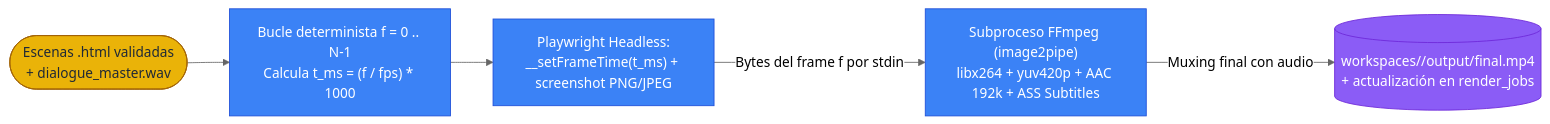
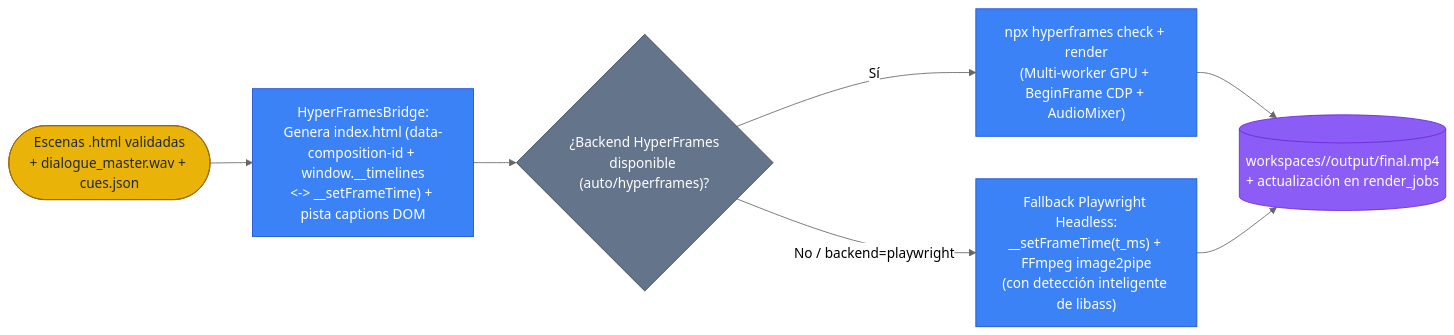
The ninth of 11 diagrams in docs/architecture/architecture.md (AlexPrietoRomani/mcp-videos), drawn with Mermaid (neutral theme) before and after one commit. The commit also changed other lines of this file and 3 other files, not shown here.

First line of the commit message:
docs(spec,ejecucion): documenta arquitectura híbrida HyperFrames, ADR-06 y guía operativa

````diff
--- a/docs/architecture/architecture.md
+++ b/docs/architecture/architecture.md
@@ -342,17 +342,19 @@
 ```mermaid
 flowchart LR
-    SCENES(["Escenas .html validadas\n+ dialogue_master.wav"]):::fuente
-    LOOP["Bucle determinista f = 0 .. N-1\nCalcula t_ms = (f / fps) * 1000"]:::proc
-    PW["Playwright Headless:\n__setFrameTime(t_ms) + screenshot PNG/JPEG"]:::proc
-    PIPE["Subproceso FFmpeg (image2pipe)\nlibx264 + yuv420p + AAC 192k + ASS Subtitles"]:::proc
+    SCENES(["Escenas .html validadas\n+ dialogue_master.wav + cues.json"]):::fuente
+    BRIDGE["HyperFramesBridge:\nGenera index.html (data-composition-id + window.__timelines\n<-> __setFrameTime) + pista captions DOM"]:::proc
+    HF_DEC{"¿Backend HyperFrames\ndisponible (auto/hyperframes)?"}:::ui
+    HF_RENDER["npx hyperframes check + render\n(Multi-worker GPU + BeginFrame CDP + AudioMixer)"]:::proc
+    PW["Fallback Playwright Headless:\n__setFrameTime(t_ms) + FFmpeg image2pipe\n(con detección inteligente de libass)"]:::proc
     MP4[("workspaces/<slug>/output/final.mp4\n+ actualización en render_jobs")]:::out
 
-    SCENES --> LOOP --> PW
-    PW -->|"Bytes del frame f por stdin"| PIPE
-    PIPE -->|"Muxing final con audio"| MP4
+    SCENES --> BRIDGE --> HF_DEC
+    HF_DEC -->|"Sí"| HF_RENDER --> MP4
+    HF_DEC -->|"No / backend=playwright"| PW --> MP4
 
     classDef fuente fill:#EAB308,stroke:#A16207,color:#1F2937;
     classDef proc   fill:#3B82F6,stroke:#1D4ED8,color:#FFFFFF;
     classDef model  fill:#22C55E,stroke:#15803D,color:#06310F;
     classDef out    fill:#8B5CF6,stroke:#6D28D9,color:#FFFFFF;
+    classDef ui     fill:#64748B,stroke:#334155,color:#FFFFFF;
 ```
````
